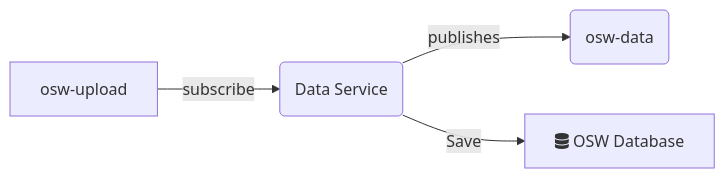
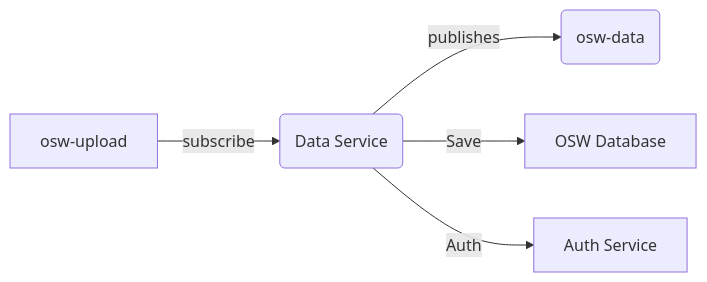
Before and after one commit to TaskarCenterAtUW/TDEI-osw-datasvc-ts: the diagram in README.md, drawn with Mermaid. The commit also changed other lines of this file, not shown here.

````diff
--- a/README.md
+++ b/README.md
@@ -57,5 +59,6 @@
 ```mermaid
 graph LR;
     A[osw-upload] -->|subscribe| B(Data Service) -->|publishes| C(osw-data)
-    B -->|Save| D[fa:fa-database OSW Database]
+    B -->|Save| D[OSW Database]
+    B -->|Auth| E[Auth Service]
 ```
````
